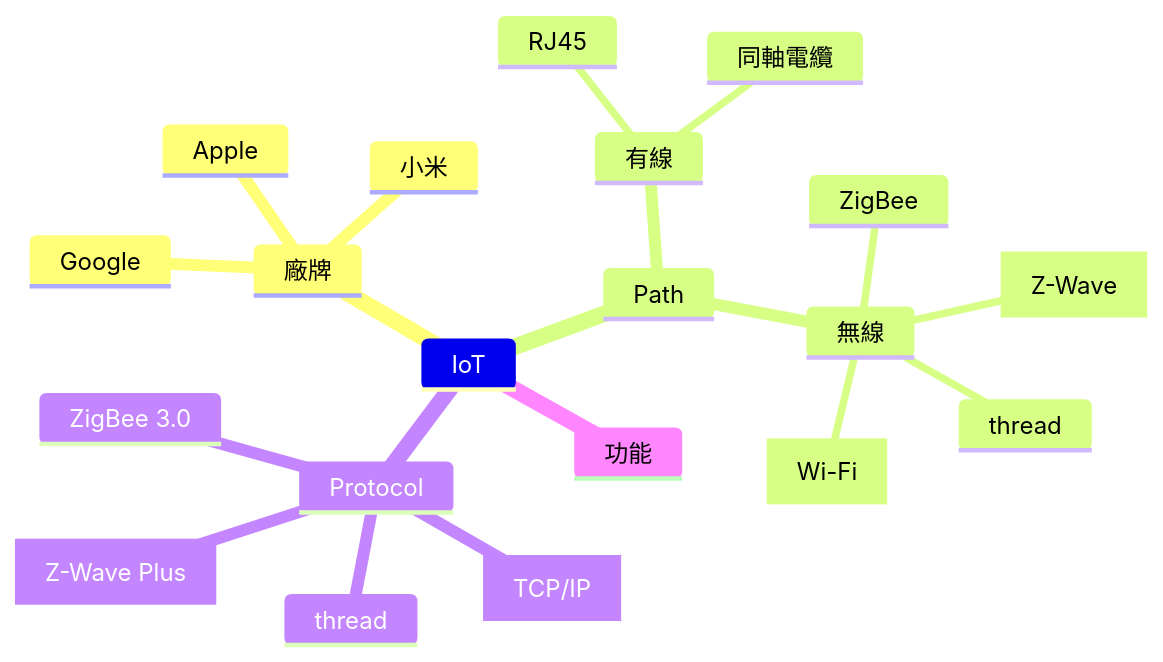
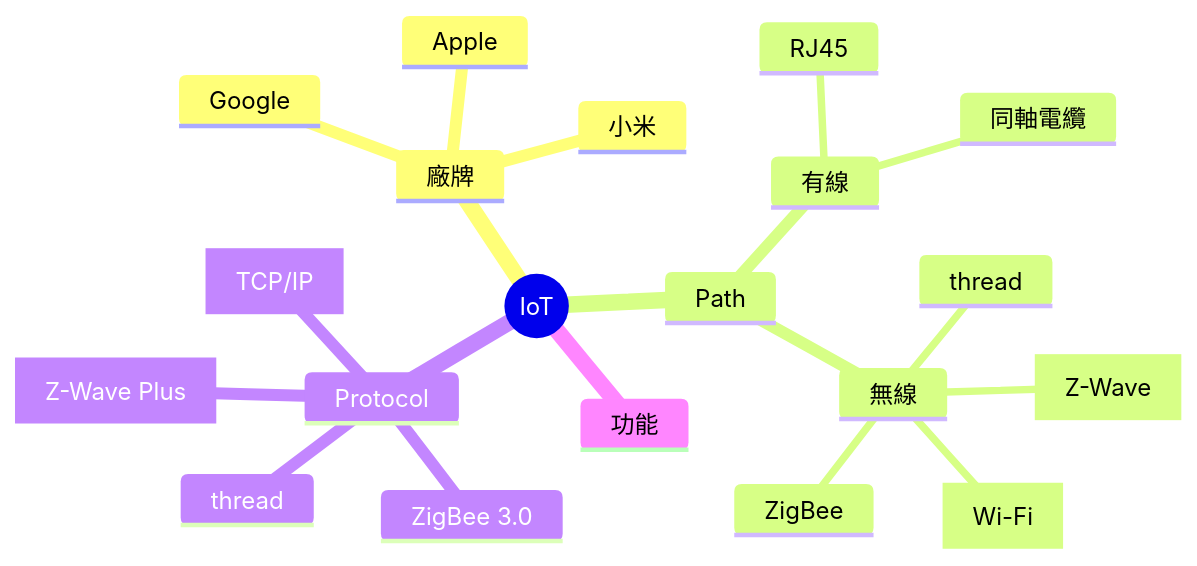
Before and after one commit to lankahsu520/HelperX: the first of 6 diagrams in helper_IoT.md, drawn with Mermaid. The commit also changed 6 other files, not shown here.

Commit message:
add mindmap root(())

````diff
--- a/helper_IoT.md
+++ b/helper_IoT.md
@@ -27,23 +27,23 @@
 ```mermaid
 mindmap
-	IoT
+	root((IoT))
 		廠牌
 			小米
 			Apple
 			Google
 		Path
 			有線
 				RJ45
 				同軸電纜
 			無線
 				WiFi["Wi-Fi"]
 				ZigBee
 				ZWave["Z-Wave"]
 				thread
 		Protocol
 			TCPIP["TCP/IP"]
 			ZigBee 3.0
 			ZWavePlus["Z-Wave Plus"]
 			thread
 		功能
 ```
````
